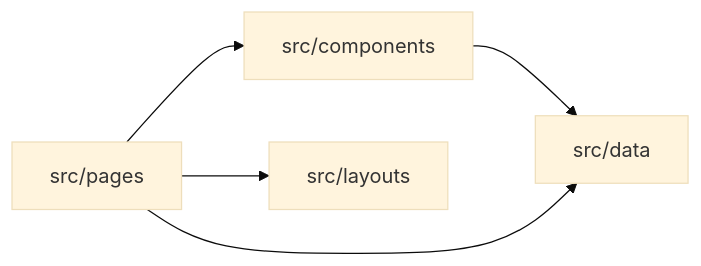
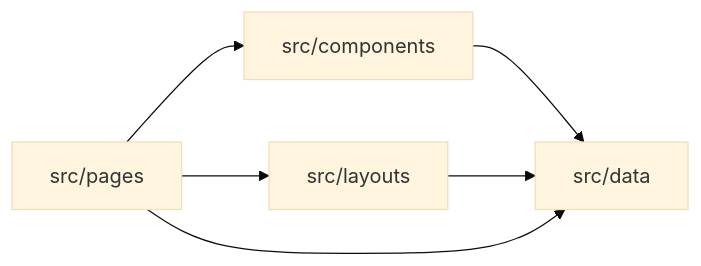
Before and after one commit to rufbulldog/brandonvtaylor-com: the diagram in docs/spec/_systems/architecture.md, drawn with Mermaid (base theme). The commit also changed other lines of this file and 20 other files, not shown here.

````diff
--- a/docs/spec/_systems/architecture.md
+++ b/docs/spec/_systems/architecture.md
@@ -20,11 +20,12 @@
 ```mermaid
 flowchart LR
   n_src_components["src/components"]
   n_src_data["src/data"]
   n_src_layouts["src/layouts"]
   n_src_pages["src/pages"]
   n_src_components --> n_src_data
+  n_src_layouts --> n_src_data
   n_src_pages --> n_src_components
   n_src_pages --> n_src_data
   n_src_pages --> n_src_layouts
 ```
````
